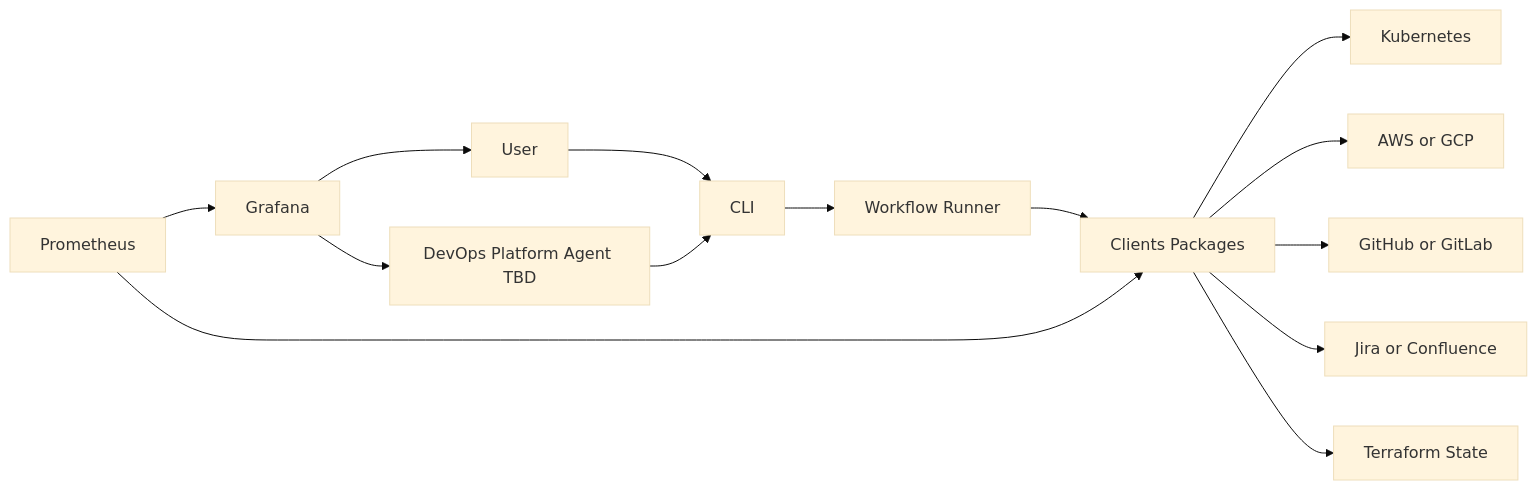
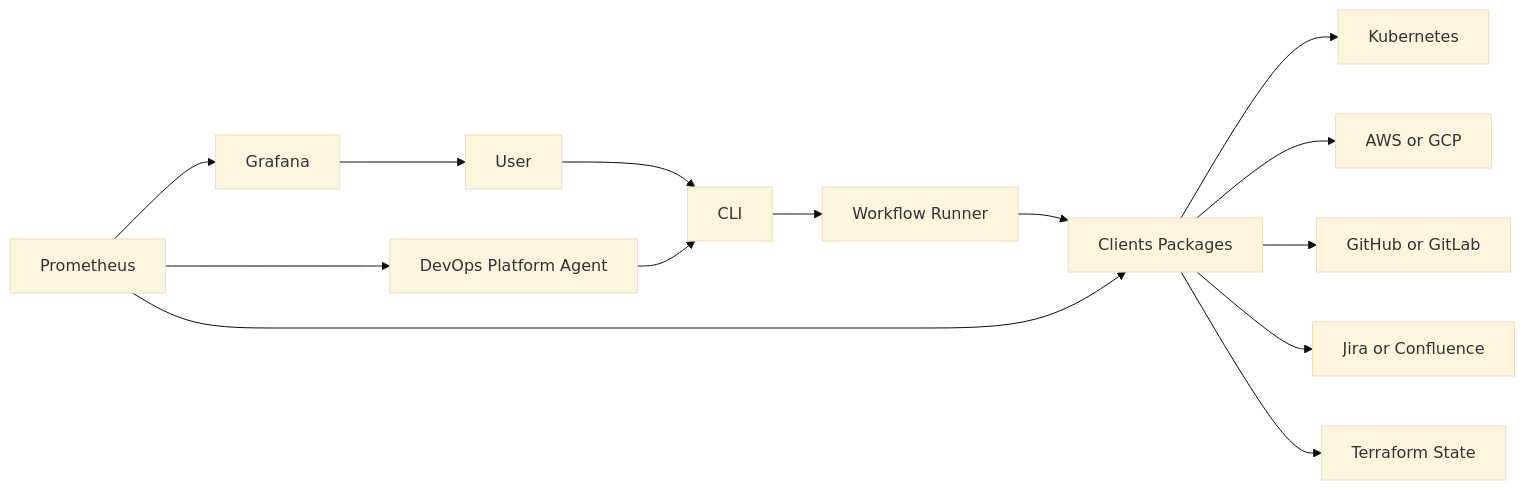
Before and after one commit to hazemataya94/hape-overview: the diagram in Architecture.md, drawn with Mermaid (base theme).

````diff
--- a/Architecture.md
+++ b/Architecture.md
@@ -78,29 +78,16 @@
 ```mermaid
-graph LR
-  U[User];
-  AG[DevOps Platform Agent TBD];
-  CLI[CLI];
-  WF[Workflow Runner];
-  CP[Clients Packages];
-  P[Prometheus];
-  G[Grafana];
-  K[Kubernetes];
-  CLOUD[AWS or GCP];
-  VCS[GitHub or GitLab];
-  WM[Jira or Confluence];
-  TF[Terraform State];
-
-  U --> CLI;
-  AG --> CLI;
-  CLI --> WF;
-  WF --> CP;
-  P --> CP;
-  P --> G;
-  CP --> K;
-  CP --> CLOUD;
-  CP --> VCS;
-  CP --> WM;
-  CP --> TF;
-  G --> U;
-  G --> AG;
+graph LR;
+U[User] --> CLI[CLI];
+AG[DevOps Platform Agent] --> CLI;
+CLI --> WF[Workflow Runner];
+WF --> CP[Clients Packages];
+P[Prometheus] --> CP;
+P --> G[Grafana];
+CP --> K[Kubernetes];
+CP --> CLOUD[AWS or GCP];
+CP --> VCS[GitHub or GitLab];
+CP --> WM[Jira or Confluence];
+CP --> TF[Terraform State];
+G --> U;
+P --> AG;
 ```
````
